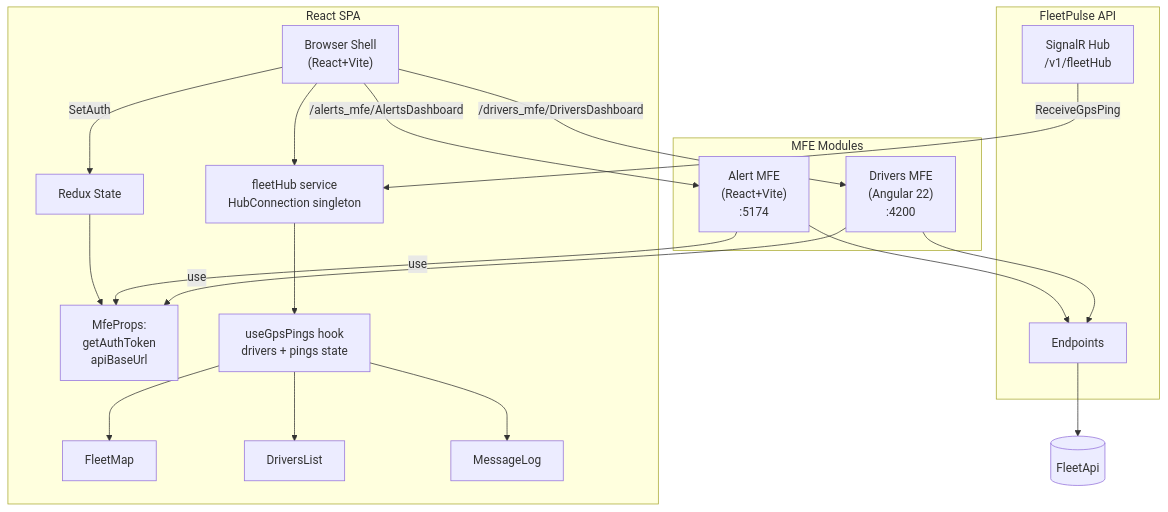
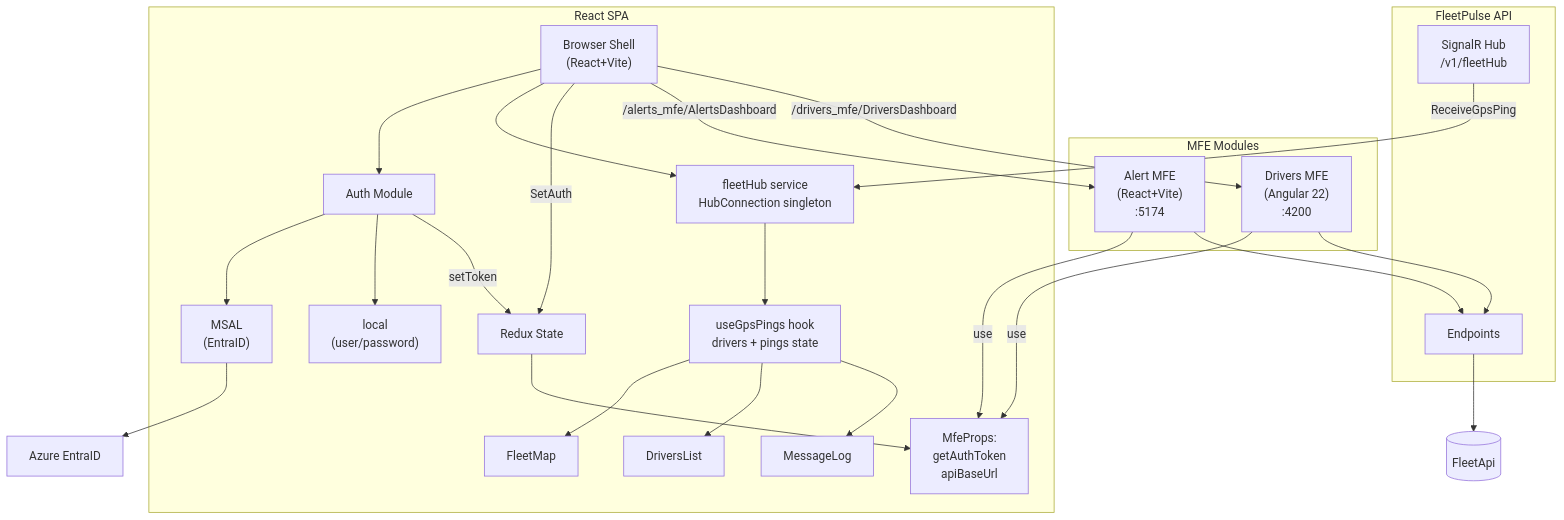
The diagram in docs/services/frontend.md (josehvaldes/fleetpulsesystem), drawn with Mermaid before and after one commit. The commit also changed other lines of this file and 36 other files, not shown here.

Commit message:
Add MSAL authentication flow in frontend

````diff
--- a/docs/services/frontend.md
+++ b/docs/services/frontend.md
@@ -13,50 +13,66 @@
 ```mermaid
 graph TD
 
 subgraph Browser[React SPA]
 Shell["Browser Shell<br/>(React+Vite)"]
-Redux[Redux State]
-MfeProps[MfeProps: <br/>getAuthToken <br/> apiBaseUrl]
+
 Service[fleetHub service<br/>HubConnection singleton]
 Hook[useGpsPings hook<br/>drivers + pings state]
+
 Map[FleetMap]
 List[DriversList]
 Log[MessageLog]
+MfeProps[MfeProps: <br/>getAuthToken <br/> apiBaseUrl]
 
+Redux[Redux State]
+
+Auth["Auth Module"]
+local["local<br/>(user/password)"]
+msal["MSAL<br/>(EntraID)"]
 end
+
+Shell --> Auth
+Auth --> msal
+Auth --> local
+
+Auth -- "setToken" --> Redux
 
 Shell --> Service
 Hub -- "ReceiveGpsPing" --> Service
 Service --> Hook
 Hook --> Map
 Hook --> List
 Hook --> Log
 Redux --> MfeProps
 
+EntraID["Azure EntraID"]
+
+msal --> EntraID
+
+
 subgraph MFE[MFE Modules]
 AlertsModule["Alert MFE <br/>(React+Vite)<br/>:5174"]
 DriversModule["Drivers MFE <br/>(Angular 22)<br/>:4200"]
 end
 
-
 subgraph API[FleetPulse API]
 Hub[SignalR Hub<br/>/v1/fleetHub]
 Endpoints[Endpoints]
 end
-
 Database[(FleetApi)]
 
+Shell -- "SetAuth" --> Redux
 Endpoints --> Database
 
 Shell -- "/alerts_mfe/AlertsDashboard"--> AlertsModule
 Shell -- "/drivers_mfe/DriversDashboard" --> DriversModule
 
 AlertsModule -- "use" -->MfeProps
 DriversModule -- "use" -->MfeProps
 
 AlertsModule --> Endpoints
 DriversModule --> Endpoints
 
-Shell -- "SetAuth" --> Redux
+
 
 ```
````
